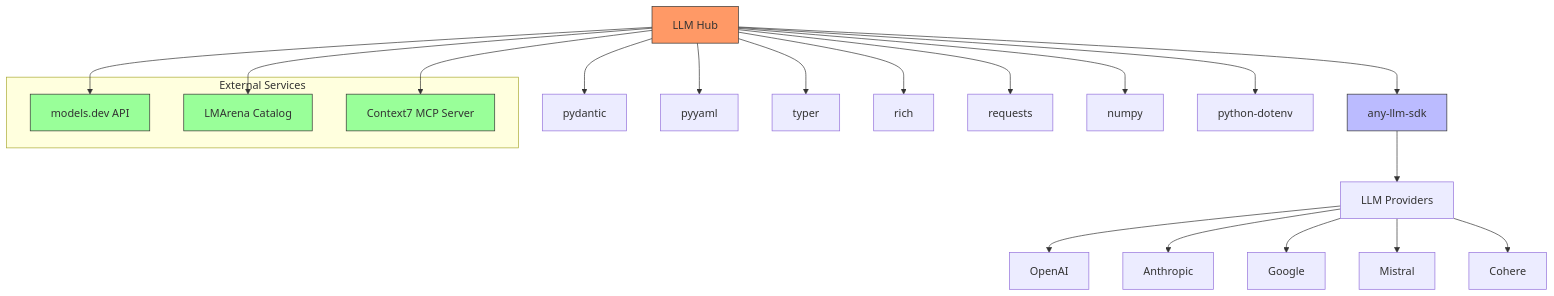
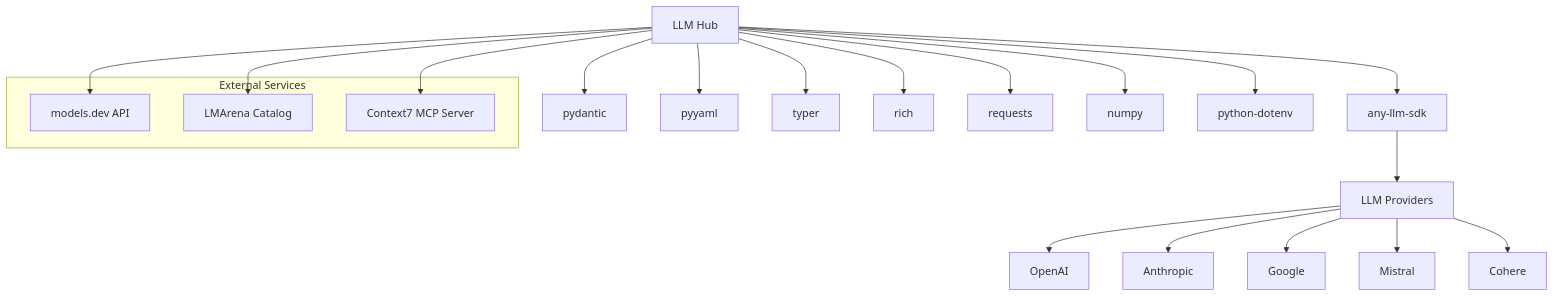
One commit to rethink-paradigms/llm-hub changed the ninth of 9 diagrams in .qoder/repowiki/en/content/Ai Native Documentation/Ai Native Documentation.md. Above: the diagram before and after it, drawn with Mermaid. The commit also changed other lines of this file and 4 other files, not shown here.

````diff
--- a/.qoder/repowiki/en/content/Ai Native Documentation/Ai Native Documentation.md
+++ b/.qoder/repowiki/en/content/Ai Native Documentation/Ai Native Documentation.md
@@ -329,30 +327,25 @@
 ```mermaid
 graph TD
 A[LLM Hub] --> B[any-llm-sdk]
 A --> C[pydantic]
 A --> D[pyyaml]
 A --> E[typer]
 A --> F[rich]
 A --> G[requests]
 A --> H[numpy]
 A --> I[python-dotenv]
 B --> J[LLM Providers]
 J --> K[OpenAI]
 J --> L[Anthropic]
 J --> M[Google]
 J --> N[Mistral]
 J --> O[Cohere]
 subgraph "External Services"
 P[models.dev API]
 Q[LMArena Catalog]
 R[Context7 MCP Server]
 end
 A --> P
 A --> Q
 A --> R
-style A fill:#f96,stroke:#333
-style B fill:#bbf,stroke:#333
-style P fill:#9f9,stroke:#333
-style Q fill:#9f9,stroke:#333
-style R fill:#9f9,stroke:#333
 ```
````
